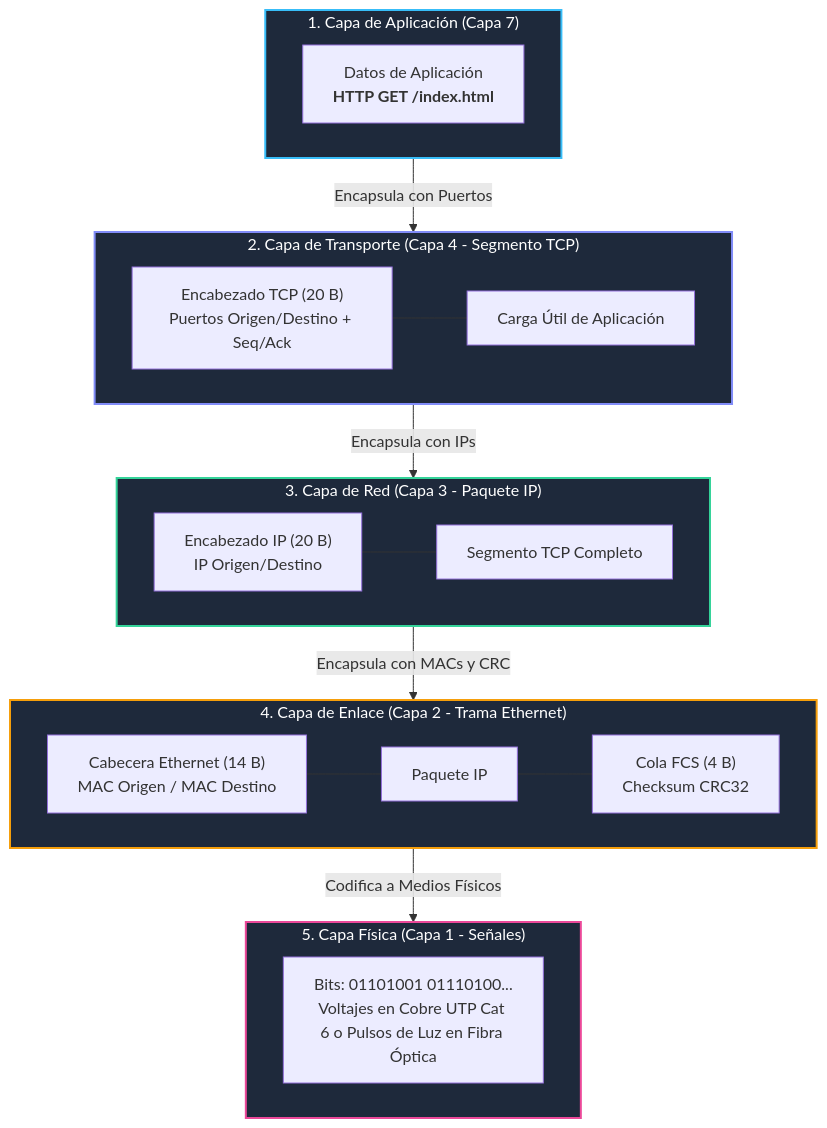
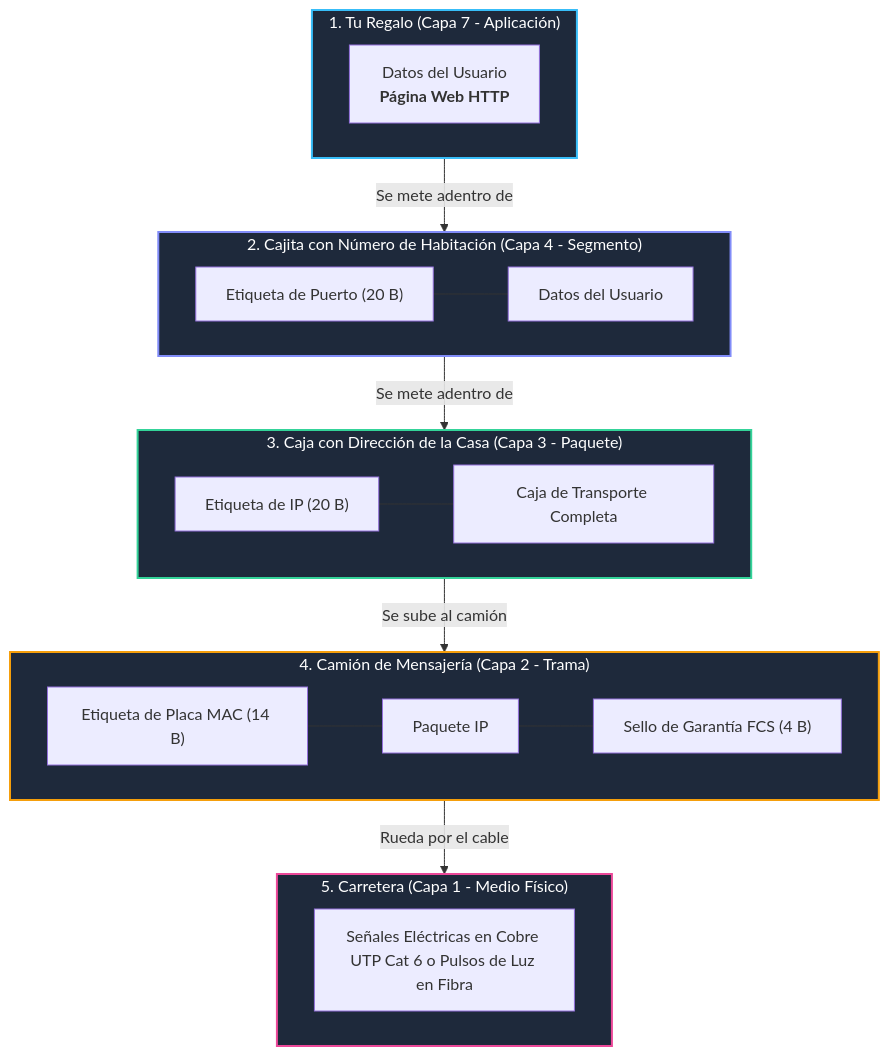
The first of 3 diagrams in Teoria/00_Integracion_Entre_Capas_Modelo_TCP_IP.md (ch4rf/redes-computadoras), drawn with Mermaid before and after one commit. The commit also changed other lines of this file and 14 other files, not shown here.

````diff
--- a/Teoria/00_Integracion_Entre_Capas_Modelo_TCP_IP.md
+++ b/Teoria/00_Integracion_Entre_Capas_Modelo_TCP_IP.md
@@ -10,36 +26,36 @@
 ```mermaid
 flowchart TD
-    subgraph D_L7 ["1. Capa de Aplicación (Capa 7)"]
-        Data["Datos de Aplicación<br/><b>HTTP GET /index.html</b>"]
+    subgraph D_L7 ["1. Tu Regalo (Capa 7 - Aplicación)"]
+        Data["Datos del Usuario<br/><b>Página Web HTTP</b>"]
     end
 
-    subgraph D_L4 ["2. Capa de Transporte (Capa 4 - Segmento TCP)"]
+    subgraph D_L4 ["2. Cajita con Número de Habitación (Capa 4 - Segmento)"]
         direction LR
-        TCP_H["Encabezado TCP (20 B)<br/>Puertos Origen/Destino + Seq/Ack"] --- TCP_P["Carga Útil de Aplicación"]
+        TCP_H["Etiqueta de Puerto (20 B)"] --- TCP_P["Datos del Usuario"]
     end
 
-    subgraph D_L3 ["3. Capa de Red (Capa 3 - Paquete IP)"]
+    subgraph D_L3 ["3. Caja con Dirección de la Casa (Capa 3 - Paquete)"]
         direction LR
-        IP_H["Encabezado IP (20 B)<br/>IP Origen/Destino"] --- IP_P["Segmento TCP Completo"]
+        IP_H["Etiqueta de IP (20 B)"] --- IP_P["Caja de Transporte Completa"]
     end
 
-    subgraph D_L2 ["4. Capa de Enlace (Capa 2 - Trama Ethernet)"]
+    subgraph D_L2 ["4. Camión de Mensajería (Capa 2 - Trama)"]
         direction LR
-        ETH_H["Cabecera Ethernet (14 B)<br/>MAC Origen / MAC Destino"] --- ETH_P["Paquete IP"] --- ETH_F["Cola FCS (4 B)<br/>Checksum CRC32"]
+        ETH_H["Etiqueta de Placa MAC (14 B)"] --- ETH_P["Paquete IP"] --- ETH_F["Sello de Garantía FCS (4 B)"]
     end
 
-    subgraph D_L1 ["5. Capa Física (Capa 1 - Señales)"]
-        Bits["Bits: 01101001 01110100...<br/>Voltajes en Cobre UTP Cat 6 o Pulsos de Luz en Fibra Óptica"]
+    subgraph D_L1 ["5. Carretera (Capa 1 - Medio Físico)"]
+        Bits["Señales Eléctricas en Cobre UTP Cat 6 o Pulsos de Luz en Fibra"]
     end
 
-    D_L7 -->|"Encapsula con Puertos"| D_L4
-    D_L4 -->|"Encapsula con IPs"| D_L3
-    D_L3 -->|"Encapsula con MACs y CRC"| D_L2
-    D_L2 -->|"Codifica a Medios Físicos"| D_L1
+    D_L7 -->|"Se mete adentro de"| D_L4
+    D_L4 -->|"Se mete adentro de"| D_L3
+    D_L3 -->|"Se sube al camión"| D_L2
+    D_L2 -->|"Rueda por el cable"| D_L1
 
     style D_L7 fill:#1e293b,stroke:#38bdf8,stroke-width:2px,color:#fff
     style D_L4 fill:#1e293b,stroke:#818cf8,stroke-width:2px,color:#fff
     style D_L3 fill:#1e293b,stroke:#34d399,stroke-width:2px,color:#fff
     style D_L2 fill:#1e293b,stroke:#f59e0b,stroke-width:2px,color:#fff
     style D_L1 fill:#1e293b,stroke:#ec4899,stroke-width:2px,color:#fff
 ```
````
